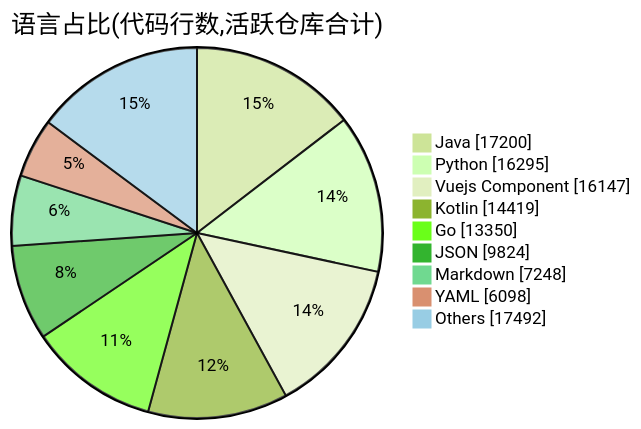
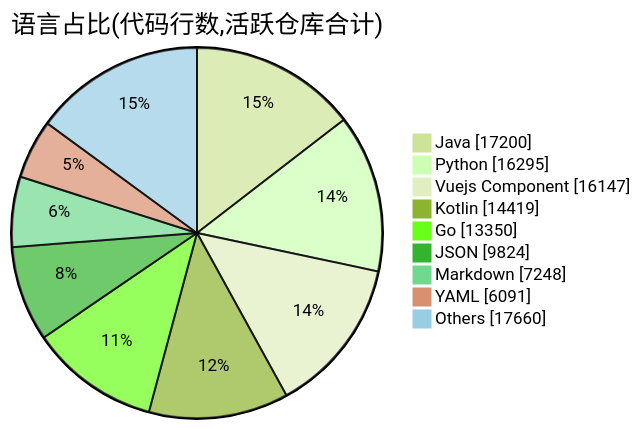
One commit to Conflux-Union/.github changed the second of 2 diagrams in profile/README.md. Above: the diagram before and after it, drawn with Mermaid (forest theme). The commit also changed other lines of this file and 1 other file, not shown here.

````diff
--- a/profile/README.md
+++ b/profile/README.md
@@ -78,13 +78,13 @@
 ```mermaid
 pie showData
     title 语言占比(代码行数,活跃仓库合计)
     "Java" : 17200
     "Python" : 16295
     "Vuejs Component" : 16147
     "Kotlin" : 14419
     "Go" : 13350
     "JSON" : 9824
     "Markdown" : 7248
-    "YAML" : 6098
-    "Others" : 17492
+    "YAML" : 6091
+    "Others" : 17660
 ```
````
